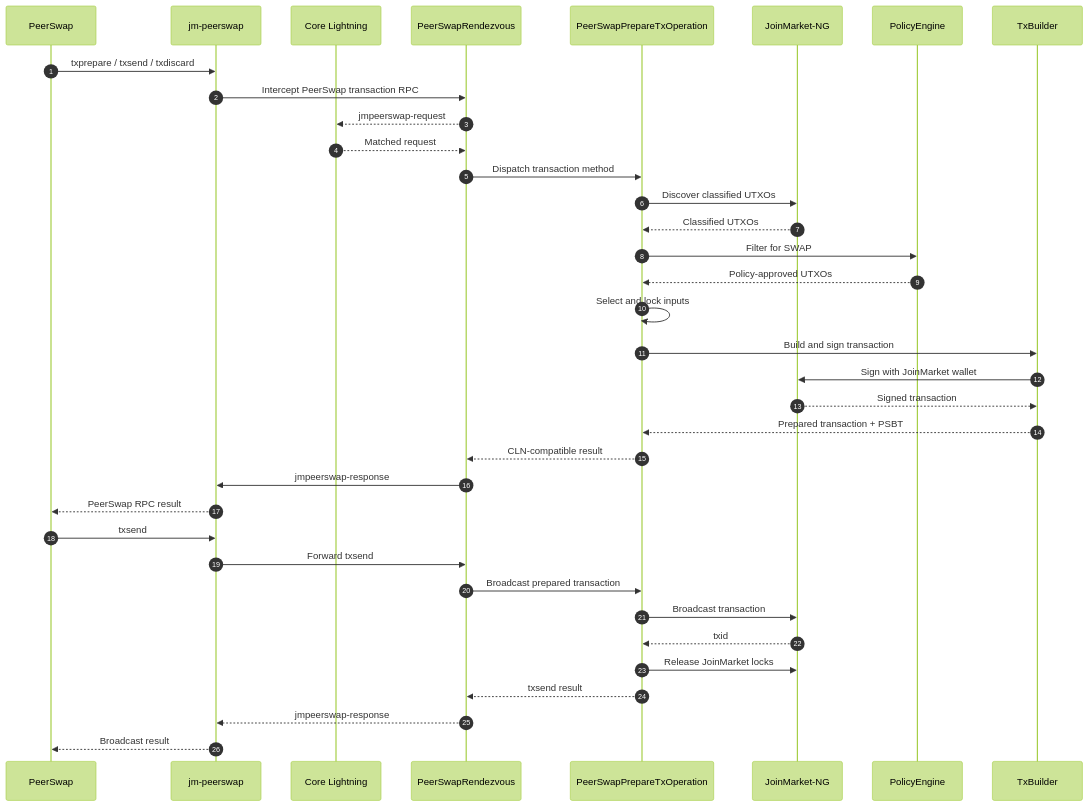
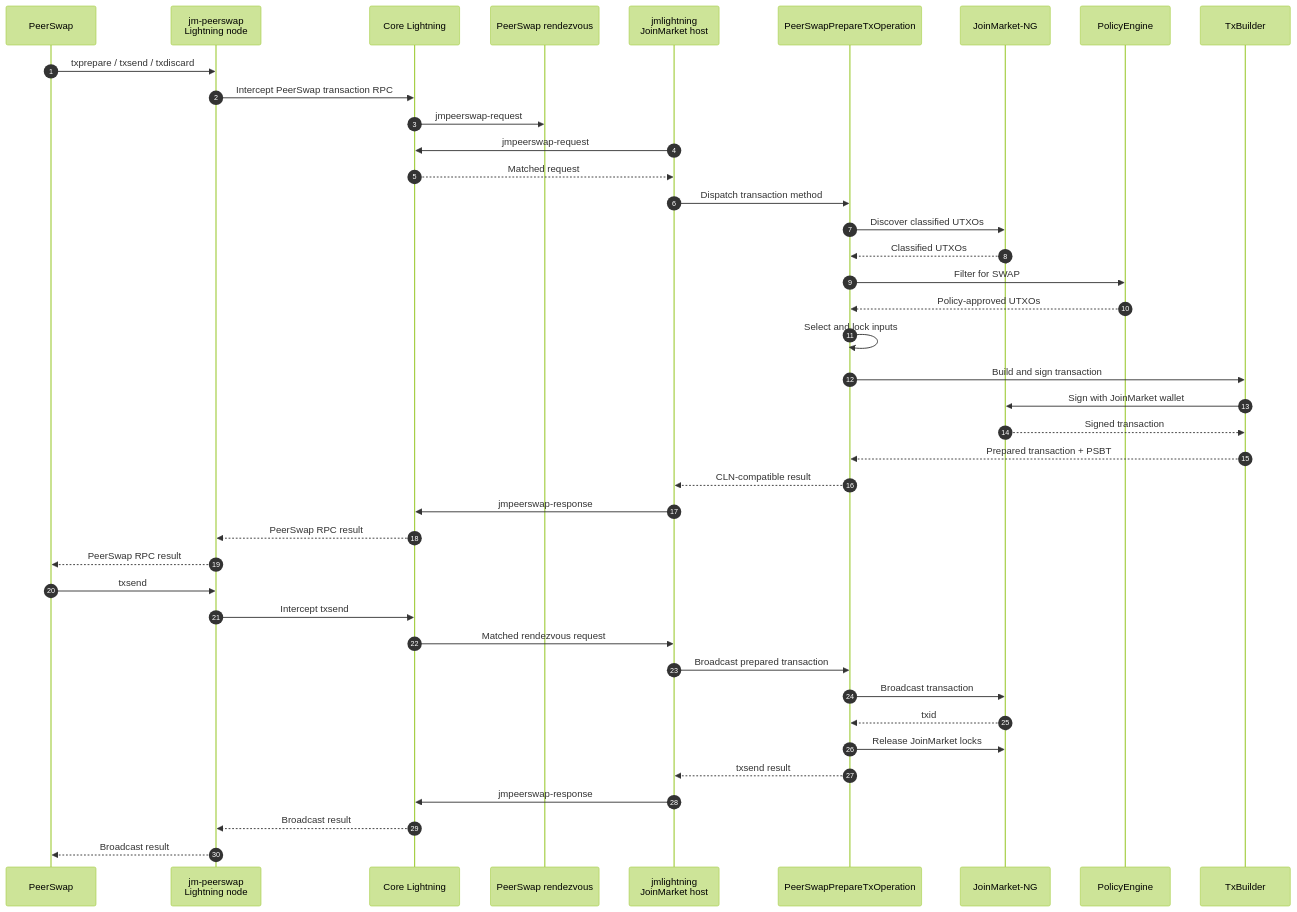
Before and after one commit to aido/jmlightning: the fifth of 5 diagrams in README.md, drawn with Mermaid (forest theme). The commit also changed other lines of this file and 28 other files, not shown here.

Commit message:
Separate JoinMarket-NG bridge library and CLI from PeerSwap Core Lightning plugin

````diff
--- a/README.md
+++ b/README.md
@@ -603,39 +646,44 @@
 ```mermaid
 sequenceDiagram
     autonumber
     participant PS as PeerSwap
-    participant BR as jm-peerswap
+    participant BR as jm-peerswap<br/>Lightning node
     participant CLN as Core Lightning
-    participant RV as PeerSwapRendezvous
+    participant RV as PeerSwap rendezvous
+    participant JMHOST as jmlightning<br/>JoinMarket host
     participant OP as PeerSwapPrepareTxOperation
     participant JM as JoinMarket-NG
     participant P as PolicyEngine
     participant TX as TxBuilder
 
     PS->>BR: txprepare / txsend / txdiscard
-    BR->>RV: Intercept PeerSwap transaction RPC
-    RV-->>CLN: jmpeerswap-request
-    CLN-->>RV: Matched request
-    RV->>OP: Dispatch transaction method
+    BR->>CLN: Intercept PeerSwap transaction RPC
+    CLN->>RV: jmpeerswap-request
+    JMHOST->>CLN: jmpeerswap-request
+    CLN-->>JMHOST: Matched request
+    JMHOST->>OP: Dispatch transaction method
     OP->>JM: Discover classified UTXOs
     JM-->>OP: Classified UTXOs
     OP->>P: Filter for SWAP
     P-->>OP: Policy-approved UTXOs
     OP->>OP: Select and lock inputs
     OP->>TX: Build and sign transaction
     TX->>JM: Sign with JoinMarket wallet
     JM-->>TX: Signed transaction
     TX-->>OP: Prepared transaction + PSBT
-    OP-->>RV: CLN-compatible result
-    RV->>BR: jmpeerswap-response
+    OP-->>JMHOST: CLN-compatible result
+    JMHOST->>CLN: jmpeerswap-response
+    CLN-->>BR: PeerSwap RPC result
     BR-->>PS: PeerSwap RPC result
     PS->>BR: txsend
-    BR->>RV: Forward txsend
-    RV->>OP: Broadcast prepared transaction
+    BR->>CLN: Intercept txsend
+    CLN->>JMHOST: Matched rendezvous request
+    JMHOST->>OP: Broadcast prepared transaction
     OP->>JM: Broadcast transaction
     JM-->>OP: txid
     OP->>JM: Release JoinMarket locks
-    OP-->>RV: txsend result
-    RV-->>BR: jmpeerswap-response
+    OP-->>JMHOST: txsend result
+    JMHOST->>CLN: jmpeerswap-response
+    CLN-->>BR: Broadcast result
     BR-->>PS: Broadcast result
 ```
````
